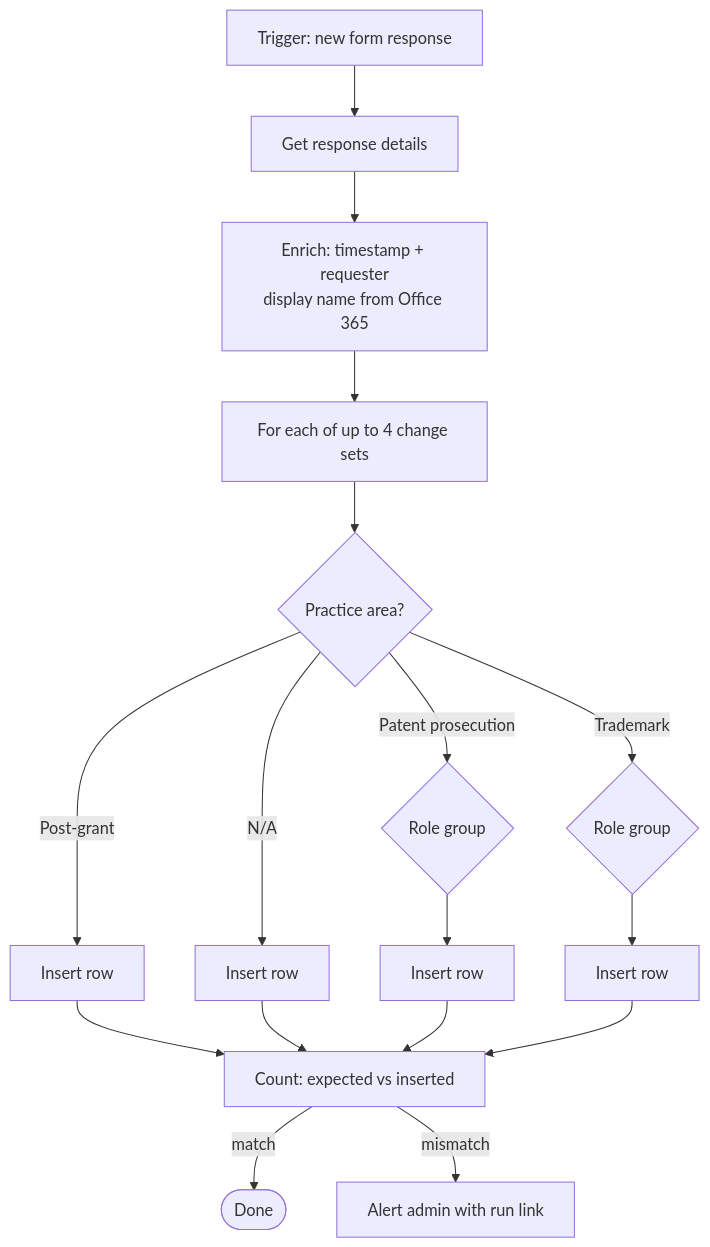
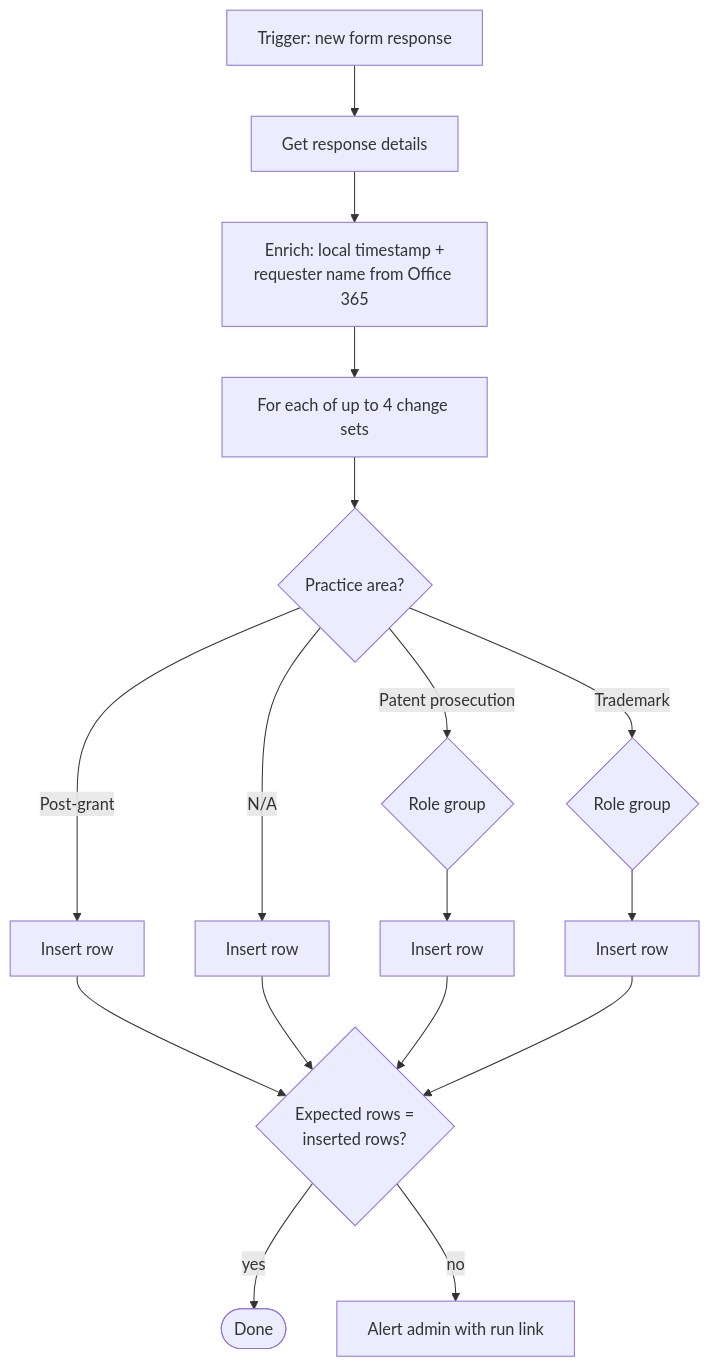
The second of 2 diagrams in content/case-studies/ip-staffing-updates.md (AI-Jess/Career-Portfolio), drawn with Mermaid before and after one commit. The commit also changed other lines of this file and 29 other files, not shown here.

````diff
--- a/content/case-studies/ip-staffing-updates.md
+++ b/content/case-studies/ip-staffing-updates.md
@@ -58,16 +68,16 @@
 ```mermaid
 flowchart TD
     T[Trigger: new form response] --> G[Get response details]
-    G --> E[Enrich: timestamp + requester<br/>display name from Office 365]
+    G --> E[Enrich: local timestamp +<br/>requester name from Office 365]
     E --> L[For each of up to 4 change sets]
     L --> PA{Practice area?}
     PA -->|Patent prosecution| PR{Role group}
     PA -->|Post-grant| I1[Insert row]
     PA -->|Trademark| TR{Role group}
     PA -->|N/A| I2[Insert row]
     PR --> I3[Insert row]
     TR --> I4[Insert row]
-    I1 & I2 & I3 & I4 --> C[Count: expected vs inserted]
-    C -->|match| OK([Done])
-    C -->|mismatch| AL[Alert admin with run link]
+    I1 & I2 & I3 & I4 --> C{Expected rows =<br/>inserted rows?}
+    C -->|yes| OK([Done])
+    C -->|no| AL[Alert admin with run link]
 ```
````
